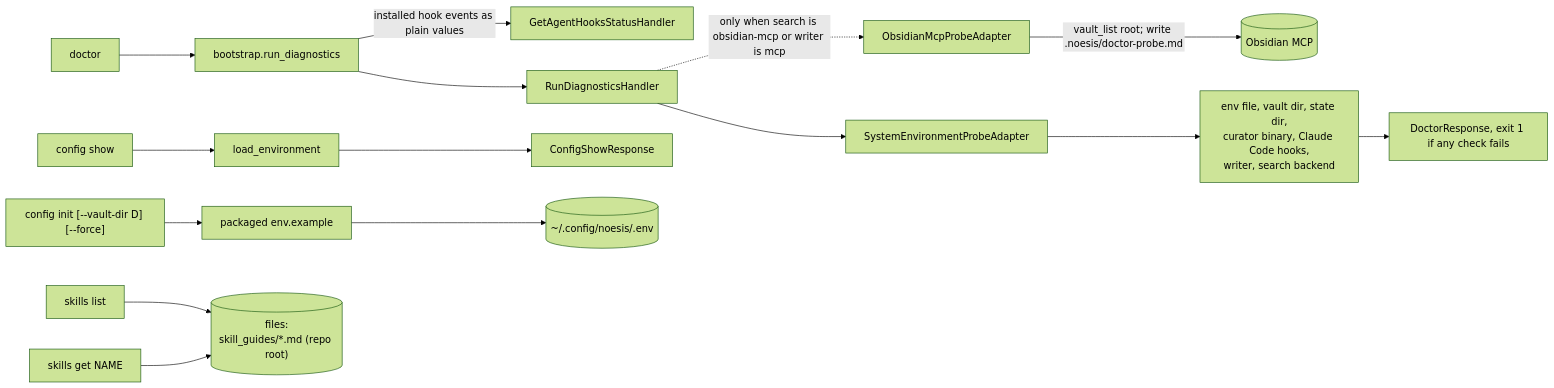
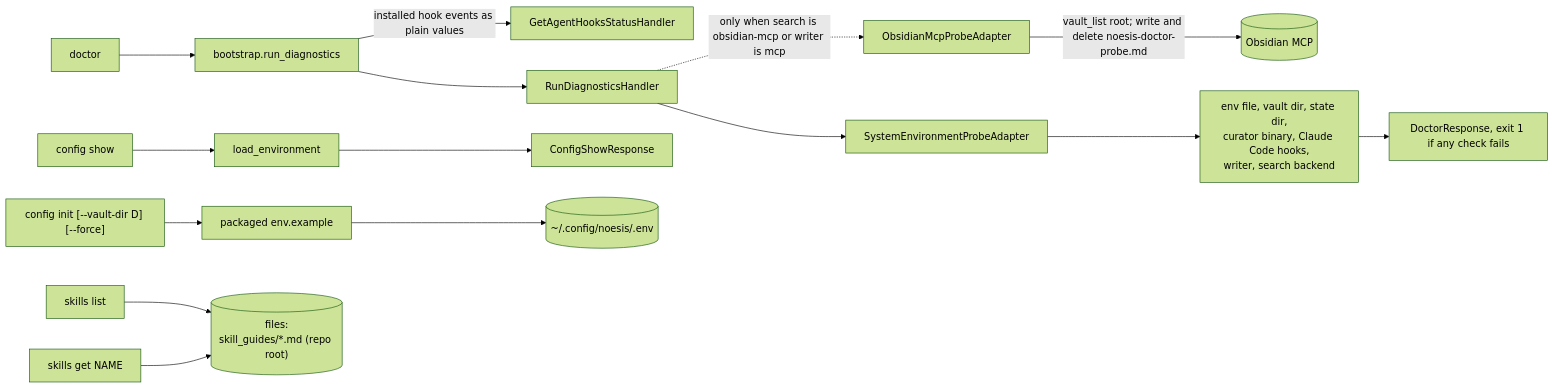
The diagram in docs/workflows/setup.md (p-hzamora/noesis), drawn with Mermaid (forest theme) before and after one commit. The commit also changed other lines of this file and 8 other files, not shown here.

First line of the commit message:
fix(diagnostics): write and delete a visible probe file in the writer check

````diff
--- a/docs/workflows/setup.md
+++ b/docs/workflows/setup.md
@@ -6,17 +6,17 @@
 ```mermaid
 flowchart LR
     doctor["doctor"] --> rd["bootstrap.run_diagnostics"]
     rd -->|installed hook events as plain values| hs[GetAgentHooksStatusHandler]
     rd --> dh[RunDiagnosticsHandler]
     dh --> probe[SystemEnvironmentProbeAdapter]
     dh -.->|"only when search is obsidian-mcp or writer is mcp"| mp[ObsidianMcpProbeAdapter]
-    mp -->|"vault_list root; write .noesis/doctor-probe.md"| obs[("Obsidian MCP")]
+    mp -->|"vault_list root; write and delete noesis-doctor-probe.md"| obs[("Obsidian MCP")]
     probe --> checks["env file, vault dir, state dir,<br/>curator binary, Claude Code hooks,<br/>writer, search backend"]
     checks --> dr["DoctorResponse, exit 1 if any check fails"]
 
     show["config show"] --> env[load_environment] --> cs[ConfigShowResponse]
     init["config init [--vault-dir D] [--force]"] --> tpl["packaged env.example"] --> envfile[("~/.config/noesis/.env")]
 
     sl["skills list"] --> guides[("files:<br/>skill_guides/*.md (repo root)")]
     sg["skills get NAME"] --> guides
 ```
````
